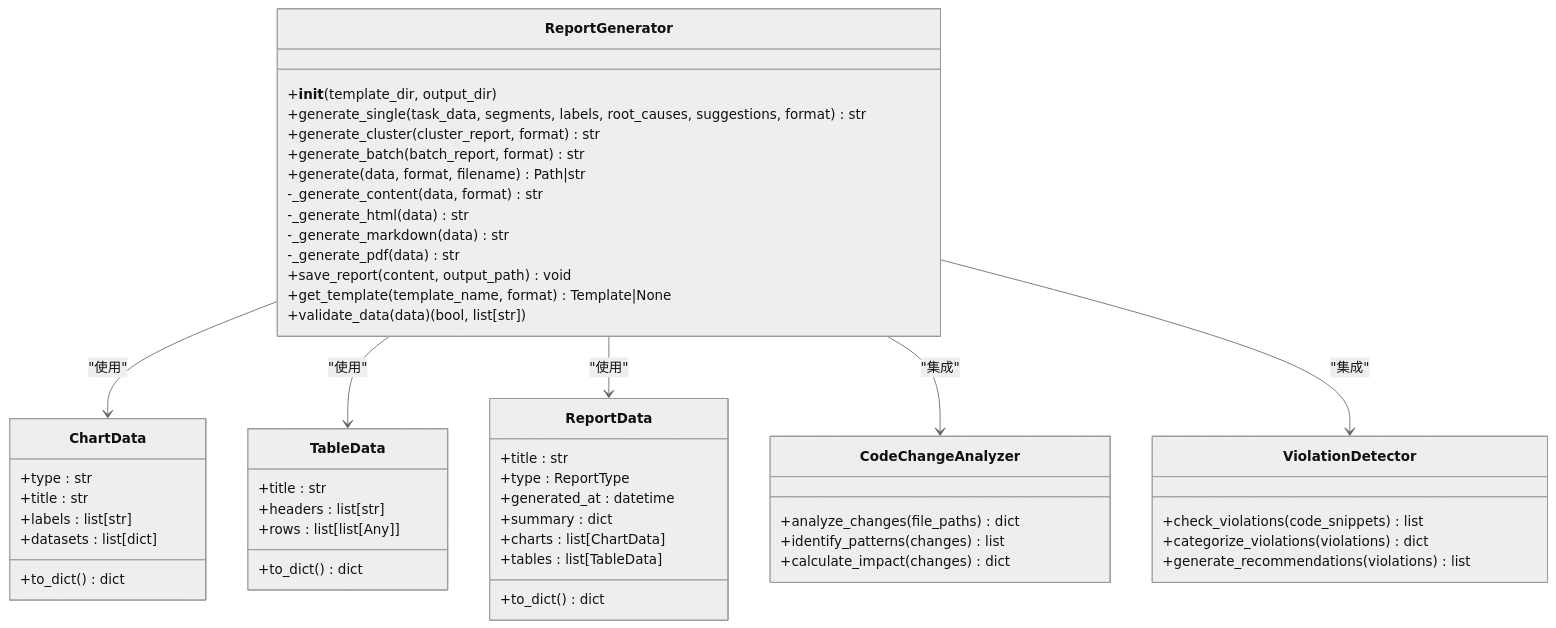
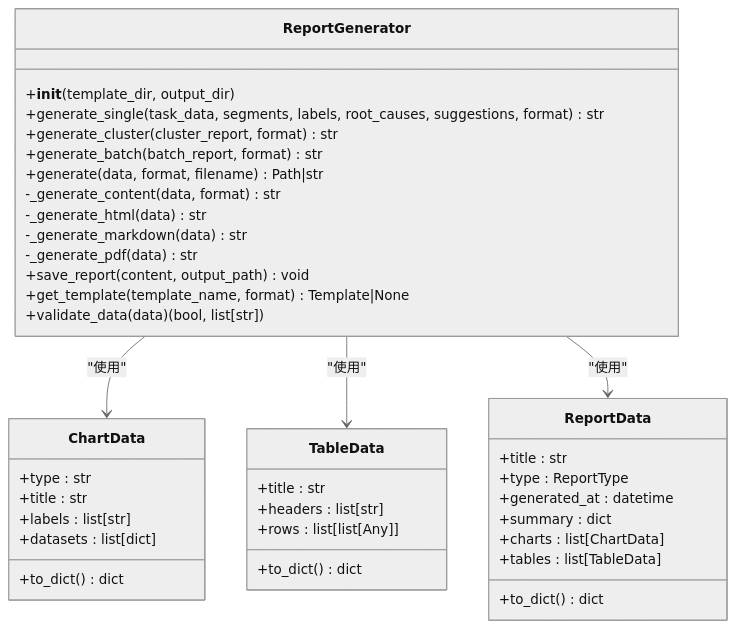
The third of 7 diagrams in .qoder/repowiki/zh/content/可视化系统/报告生成系统.md (boyingliu01/fault-review-analyzer), drawn with Mermaid (neutral theme) before and after one commit. The commit also changed other lines of this file and 125 other files, not shown here.

````diff
--- a/.qoder/repowiki/zh/content/可视化系统/报告生成系统.md
+++ b/.qoder/repowiki/zh/content/可视化系统/报告生成系统.md
@@ -165,54 +165,42 @@
 ```mermaid
 classDiagram
 class ReportGenerator {
 +__init__(template_dir, output_dir)
 +generate_single(task_data, segments, labels, root_causes, suggestions, format) str
 +generate_cluster(cluster_report, format) str
 +generate_batch(batch_report, format) str
 +generate(data, format, filename) Path|str
 -_generate_content(data, format) str
 -_generate_html(data) str
 -_generate_markdown(data) str
 -_generate_pdf(data) str
 +save_report(content, output_path) void
 +get_template(template_name, format) Template|None
 +validate_data(data) (bool, list[str])
-}
-class CodeChangeAnalyzer {
-+analyze_changes(file_paths) dict
-+identify_patterns(changes) list
-+calculate_impact(changes) dict
-}
-class ViolationDetector {
-+check_violations(code_snippets) list
-+categorize_violations(violations) dict
-+generate_recommendations(violations) list
 }
 class ChartData {
 +type : str
 +title : str
 +labels : list[str]
 +datasets : list[dict]
 +to_dict() dict
 }
 class TableData {
 +title : str
 +headers : list[str]
 +rows : list[list[Any]]
 +to_dict() dict
 }
 class ReportData {
 +title : str
 +type : ReportType
 +generated_at : datetime
 +summary : dict
 +charts : list[ChartData]
 +tables : list[TableData]
 +to_dict() dict
 }
 ReportGenerator --> ChartData : "使用"
 ReportGenerator --> TableData : "使用"
 ReportGenerator --> ReportData : "使用"
-ReportGenerator --> CodeChangeAnalyzer : "集成"
-ReportGenerator --> ViolationDetector : "集成"
 ```
````
